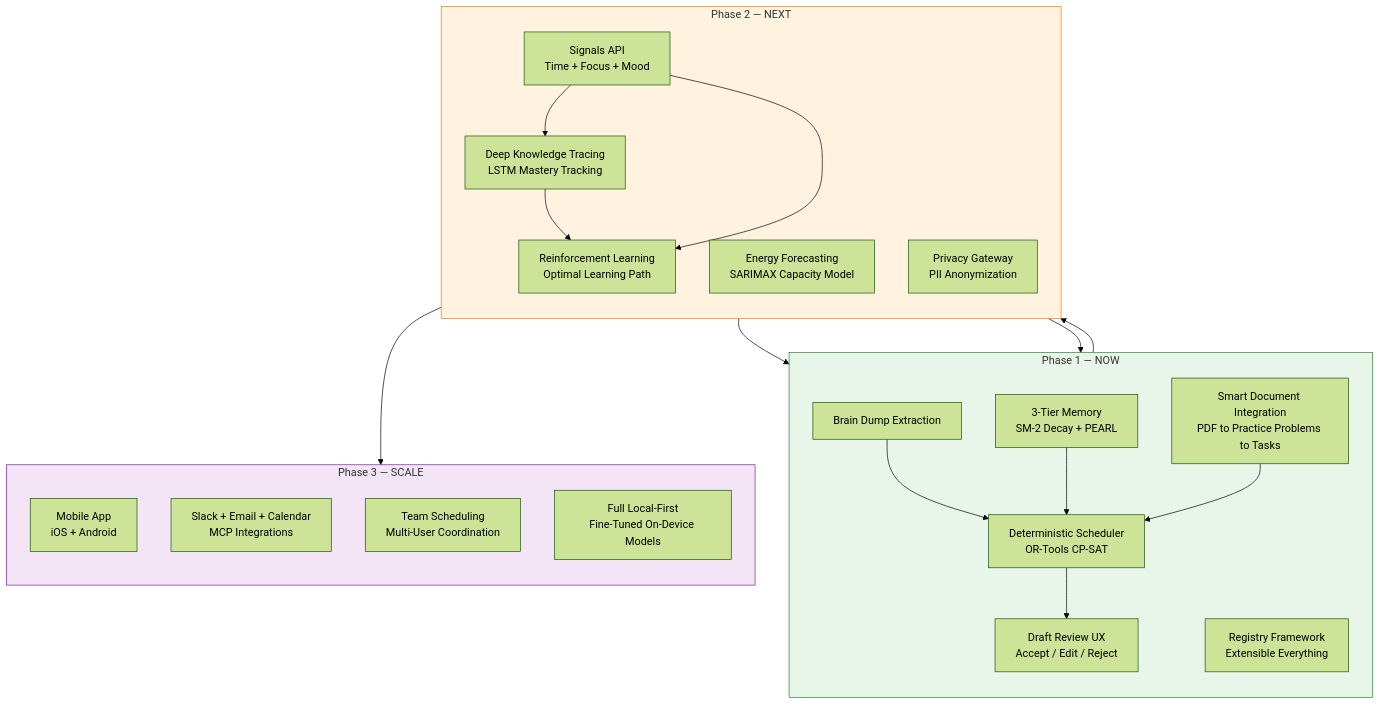
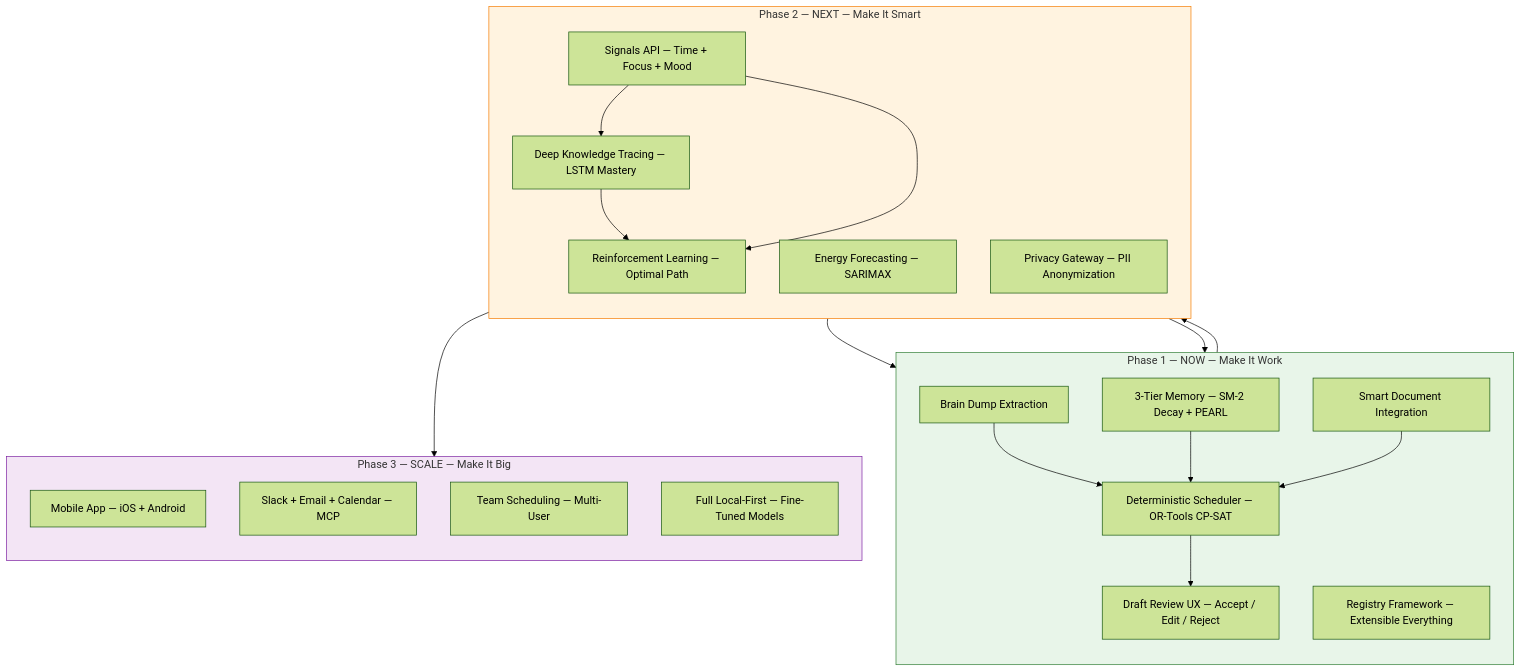
Before and after one commit to HackHeroic/Jarvis-Engine: the tenth of 10 diagrams in docs/PITCH_ARCHITECTURE.md, drawn with Mermaid (forest theme). The commit also changed other lines of this file and 1 other file, not shown here.

First line of the commit message:
docs: comprehensive PITCH_ARCHITECTURE.md with 10 diagrams + complete INDEX.md

````diff
--- a/docs/PITCH_ARCHITECTURE.md
+++ b/docs/PITCH_ARCHITECTURE.md
@@ -86,44 +460,44 @@
 ```mermaid
 flowchart TD
-    subgraph Phase1 [Phase 1 — NOW]
+    subgraph Phase1 [Phase 1 — NOW — Make It Work]
         direction TB
         P1_Brain[Brain Dump Extraction]
-        P1_Schedule[Deterministic Scheduler\nOR-Tools CP-SAT]
-        P1_Draft[Draft Review UX\nAccept / Edit / Reject]
-        P1_Memory[3-Tier Memory\nSM-2 Decay + PEARL]
-        P1_Docs[Smart Document Integration\nPDF to Practice Problems to Tasks]
-        P1_Registry[Registry Framework\nExtensible Everything]
+        P1_Schedule[Deterministic Scheduler — OR-Tools CP-SAT]
+        P1_Draft[Draft Review UX — Accept / Edit / Reject]
+        P1_Memory[3-Tier Memory — SM-2 Decay + PEARL]
+        P1_Docs[Smart Document Integration]
+        P1_Registry[Registry Framework — Extensible Everything]
 
         P1_Brain --> P1_Schedule --> P1_Draft
         P1_Memory --> P1_Schedule
         P1_Docs --> P1_Schedule
     end
 
-    subgraph Phase2 [Phase 2 — NEXT]
+    subgraph Phase2 [Phase 2 — NEXT — Make It Smart]
         direction TB
-        P2_DKT[Deep Knowledge Tracing\nLSTM Mastery Tracking]
-        P2_RL[Reinforcement Learning\nOptimal Learning Path]
-        P2_SARIMAX[Energy Forecasting\nSARIMAX Capacity Model]
-        P2_PII[Privacy Gateway\nPII Anonymization]
-        P2_Signals[Signals API\nTime + Focus + Mood]
+        P2_DKT[Deep Knowledge Tracing — LSTM Mastery]
+        P2_RL[Reinforcement Learning — Optimal Path]
+        P2_SARIMAX[Energy Forecasting — SARIMAX]
+        P2_PII[Privacy Gateway — PII Anonymization]
+        P2_Signals[Signals API — Time + Focus + Mood]
 
         P2_DKT --> P2_RL --> P1_Schedule
         P2_SARIMAX --> P1_Schedule
         P2_Signals --> P2_DKT
         P2_Signals --> P2_RL
     end
 
-    subgraph Phase3 [Phase 3 — SCALE]
+    subgraph Phase3 [Phase 3 — SCALE — Make It Big]
         direction TB
-        P3_Mobile[Mobile App\niOS + Android]
-        P3_Integrations[Slack + Email + Calendar\nMCP Integrations]
-        P3_Team[Team Scheduling\nMulti-User Coordination]
-        P3_Local[Full Local-First\nFine-Tuned On-Device Models]
+        P3_Mobile[Mobile App — iOS + Android]
+        P3_Integrations[Slack + Email + Calendar — MCP]
+        P3_Team[Team Scheduling — Multi-User]
+        P3_Local[Full Local-First — Fine-Tuned Models]
     end
 
     Phase1 --> Phase2 --> Phase3
 
     style Phase1 fill:#e8f5e9,stroke:#2e7d32
     style Phase2 fill:#fff3e0,stroke:#f57c00
     style Phase3 fill:#f3e5f5,stroke:#7b1fa2
 ```
````
